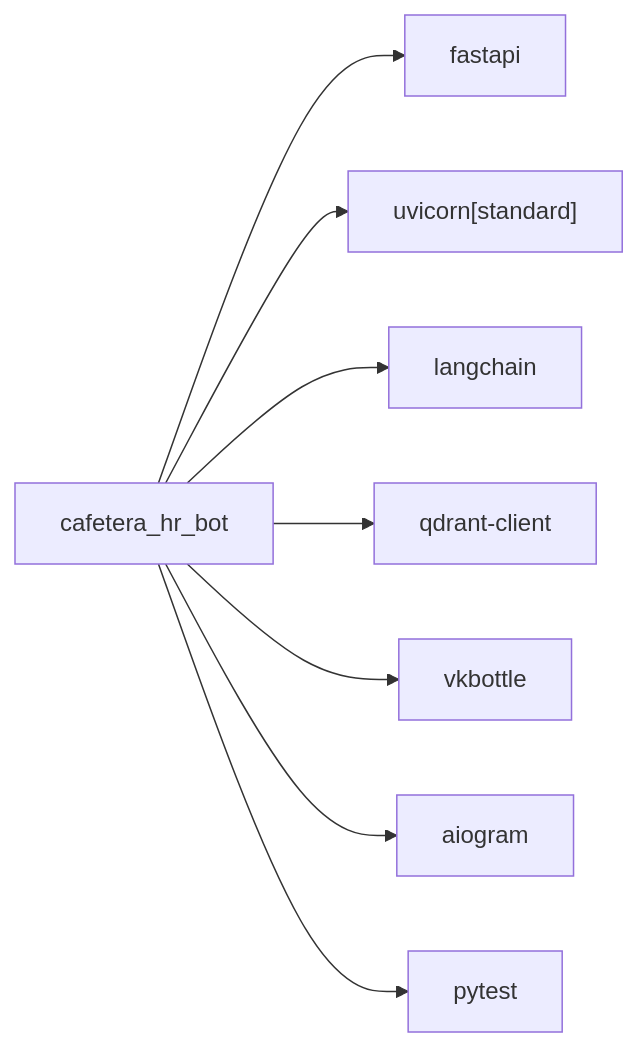
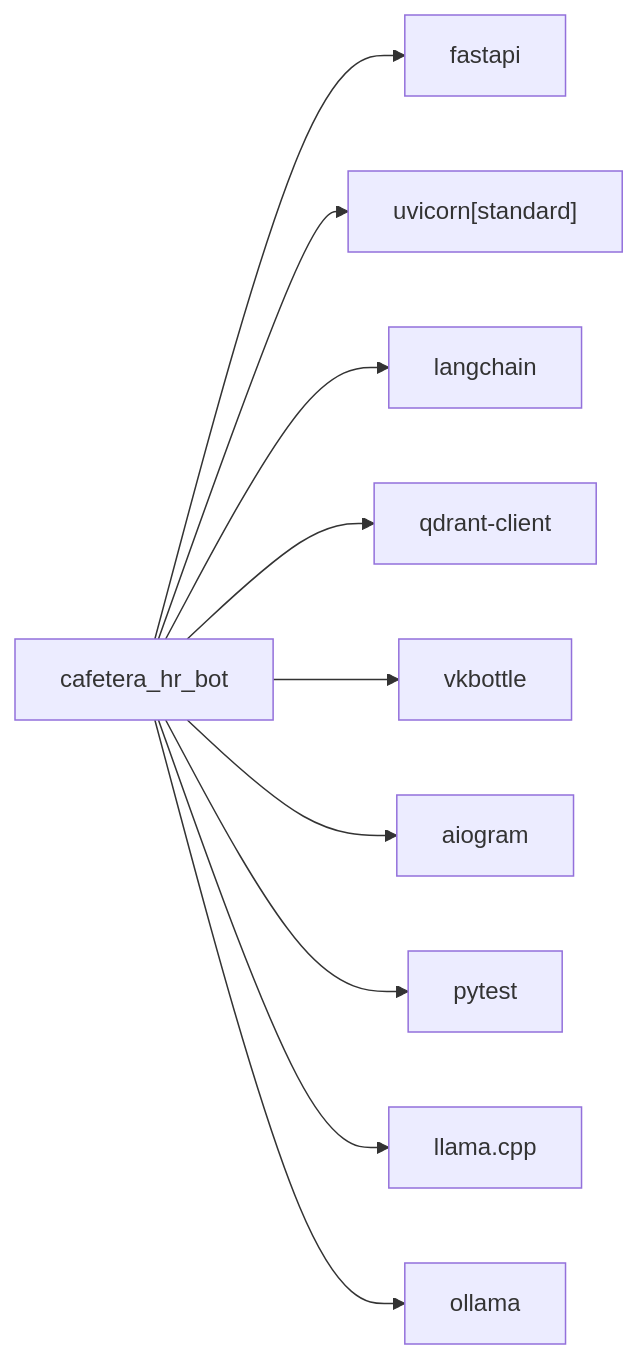
Before and after one commit to ognelis/cafetera_hr_bot: the eighth of 8 diagrams in .qoder/repowiki/en/content/Deployment and Operations.md, drawn with Mermaid. The commit also changed other lines of this file and 13 other files, not shown here.

````diff
--- a/.qoder/repowiki/en/content/Deployment and Operations.md
+++ b/.qoder/repowiki/en/content/Deployment and Operations.md
@@ -236,18 +335,22 @@
 ```mermaid
 graph LR
 App["cafetera_hr_bot"]
 FastAPI["fastapi"]
 Uvicorn["uvicorn[standard]"]
 LangChain["langchain"]
 QdrantClient["qdrant-client"]
 VK["vkbottle"]
 Telegram["aiogram"]
 Tests["pytest"]
+LlamaCpp["llama.cpp"]
+Ollama["ollama"]
 App --> FastAPI
 App --> Uvicorn
 App --> LangChain
 App --> QdrantClient
 App --> VK
 App --> Telegram
 App --> Tests
+App --> LlamaCpp
+App --> Ollama
 ```
````
